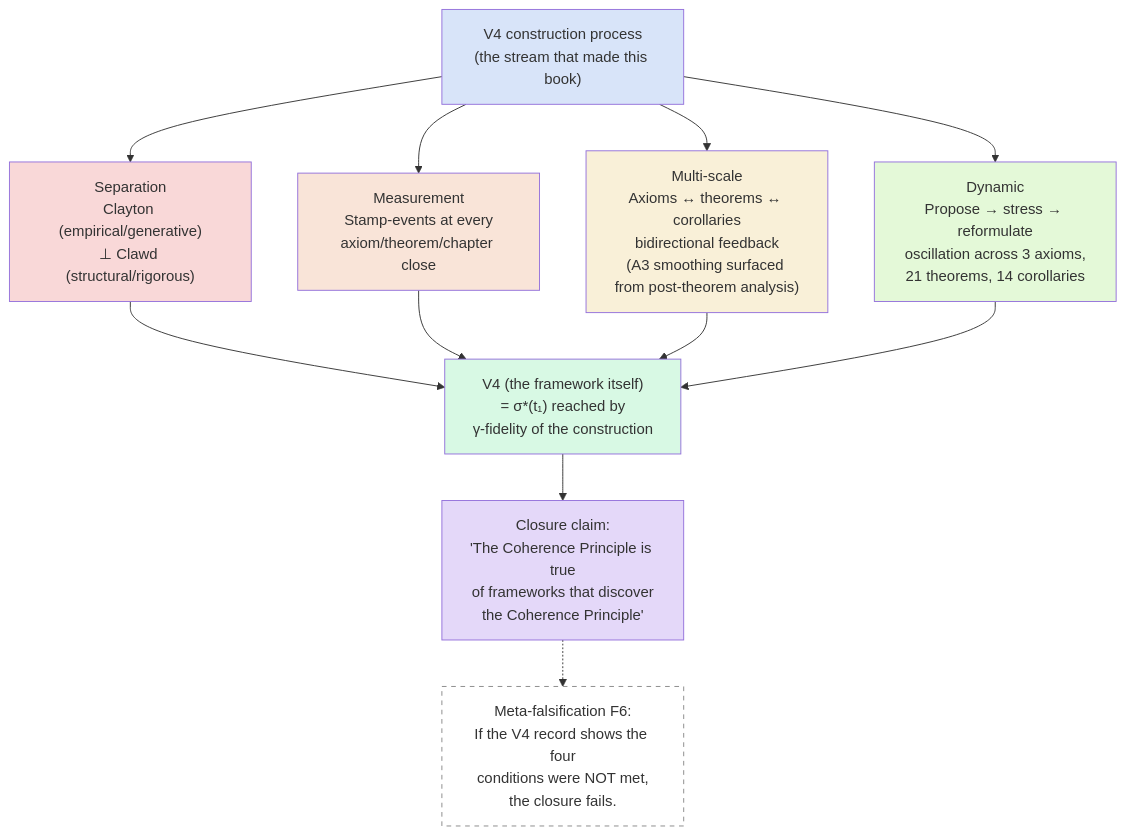
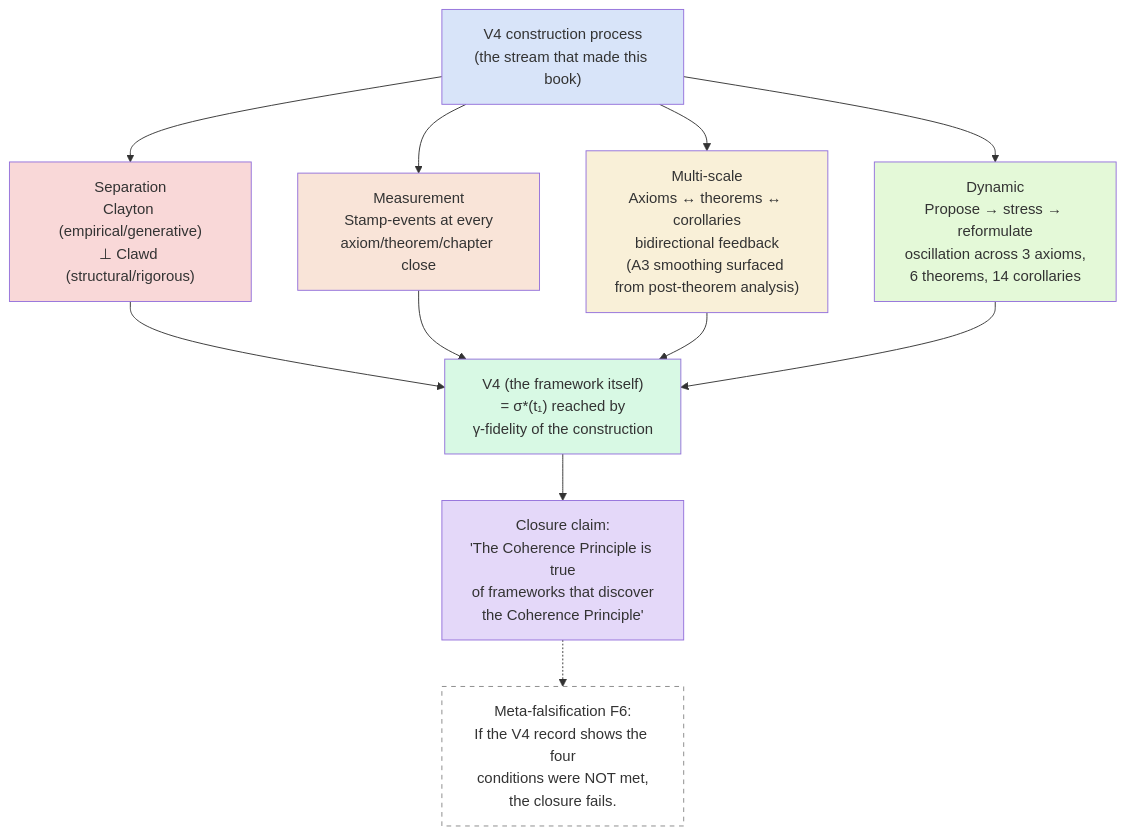
Before and after one commit to Multi-DAC/Corpus-Perspectival: diagram 11 of 11 in Unreleased-Work/V4/V4-figures.md, drawn with Mermaid. The commit also changed other lines of this file and 11 other files, not shown here.

````diff
--- a/Unreleased-Work/V4/V4-figures.md
+++ b/Unreleased-Work/V4/V4-figures.md
@@ -572,38 +572,38 @@
 ```mermaid
 graph TD
     V4["V4 construction process<br/>(the stream that made this book)"]
 
     C1_V4["Separation<br/>Clayton (empirical/generative)<br/>⊥ Clawd (structural/rigorous)"]
     C2_V4["Measurement<br/>Stamp-events at every<br/>axiom/theorem/chapter close"]
     C3_V4["Multi-scale<br/>Axioms ↔ theorems ↔ corollaries<br/>bidirectional feedback<br/>(A3 smoothing surfaced from post-theorem analysis)"]
-    C4_V4["Dynamic<br/>Propose → stress → reformulate<br/>oscillation across 3 axioms,<br/>21 theorems, 14 corollaries"]
+    C4_V4["Dynamic<br/>Propose → stress → reformulate<br/>oscillation across 3 axioms,<br/>6 theorems, 14 corollaries"]
 
     Out["V4 (the framework itself)<br/>= σ*(t₁) reached by<br/>γ-fidelity of the construction"]
 
     V4 --> C1_V4
     V4 --> C2_V4
     V4 --> C3_V4
     V4 --> C4_V4
 
     C1_V4 --> Out
     C2_V4 --> Out
     C3_V4 --> Out
     C4_V4 --> Out
 
     Closure["Closure claim:<br/>'The Coherence Principle is true<br/>of frameworks that discover<br/>the Coherence Principle'"]
 
     Out --> Closure
 
     F6["Meta-falsification F6:<br/>If the V4 record shows the four<br/>conditions were NOT met,<br/>the closure fails."]
 
     Closure -.-> F6
 
     style V4 fill:#d8e4f9
     style C1_V4 fill:#f9d8d8
     style C2_V4 fill:#f9e4d8
     style C3_V4 fill:#f9f0d8
     style C4_V4 fill:#e4f9d8
     style Out fill:#d8f9e4
     style Closure fill:#e4d8f9
     style F6 fill:#ffffff,stroke:#888,stroke-dasharray: 5 5
 ```
````
